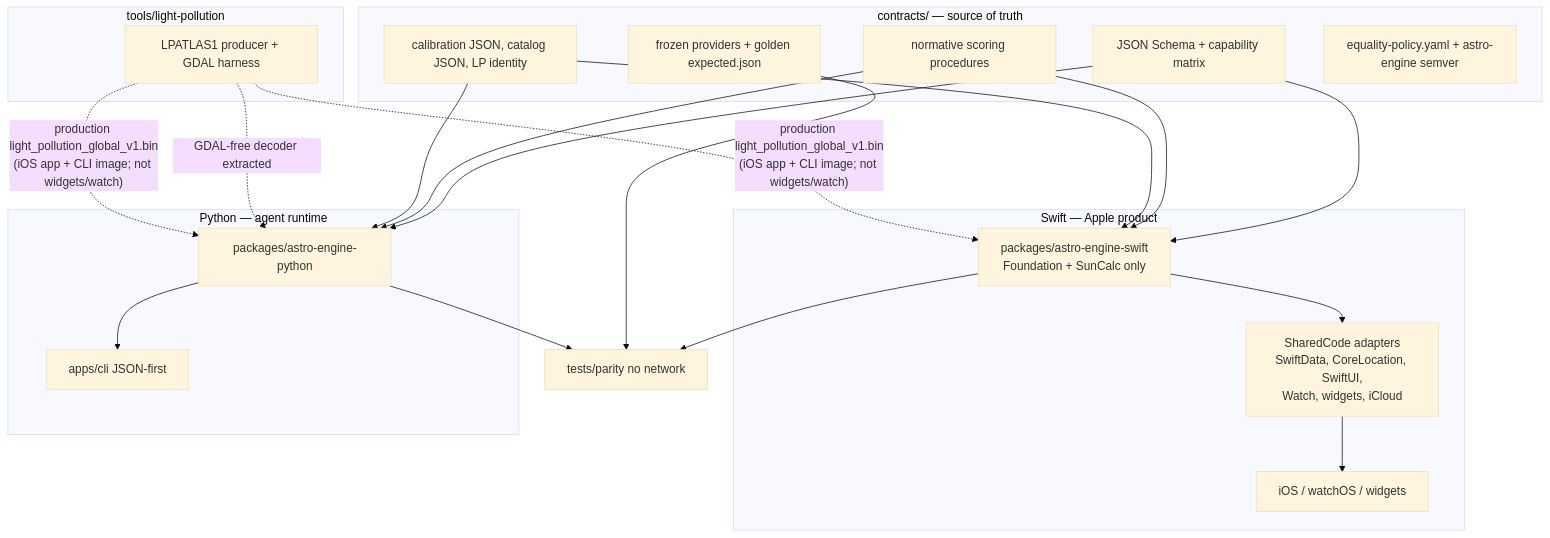
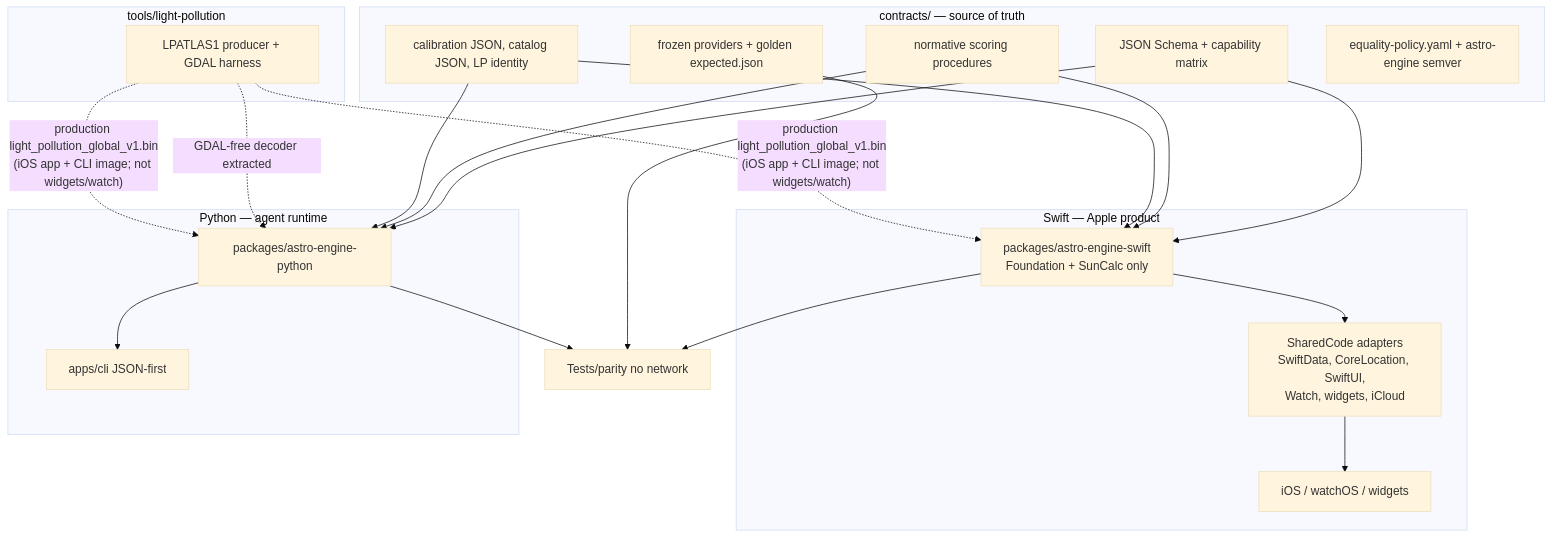
One commit to gdombiak/AstroViewingConditions changed the first of 3 diagrams in docs/design/dual-implementation-astro-engine.md. Above: the diagram before and after it, drawn with Mermaid (base theme). The commit also changed other lines of this file and 463 other files, not shown here.

````diff
--- a/docs/design/dual-implementation-astro-engine.md
+++ b/docs/design/dual-implementation-astro-engine.md
@@ -154,40 +154,40 @@
 ```mermaid
 flowchart TB
   subgraph Contract["contracts/  — source of truth"]
     Schema["JSON Schema + capability matrix"]
     Procedures["normative scoring procedures"]
     Data["calibration JSON, catalog JSON, LP identity"]
     Fixtures["frozen providers + golden expected.json"]
     Policy["equality-policy.yaml + astro-engine semver"]
   end
 
   subgraph SwiftSide["Swift — Apple product"]
     SwiftEngine["packages/astro-engine-swift\nFoundation + SunCalc only"]
     AppleAdapters["SharedCode adapters\nSwiftData, CoreLocation, SwiftUI,\nWatch, widgets, iCloud"]
     iOSApp["iOS / watchOS / widgets"]
     SwiftEngine --> AppleAdapters --> iOSApp
   end
 
   subgraph PythonSide["Python — agent runtime"]
     PyEngine["packages/astro-engine-python"]
     CLI["apps/cli  JSON-first"]
     PyEngine --> CLI
   end
 
   subgraph Tools["tools/light-pollution"]
     Atlas["LPATLAS1 producer + GDAL harness"]
   end
 
   Schema --> SwiftEngine
   Schema --> PyEngine
   Procedures --> SwiftEngine
   Procedures --> PyEngine
   Data --> SwiftEngine
   Data --> PyEngine
-  Fixtures --> Parity["tests/parity  no network"]
+  Fixtures --> Parity["Tests/parity  no network"]
   SwiftEngine --> Parity
   PyEngine --> Parity
   Atlas -.->|"GDAL-free decoder extracted"| PyEngine
   Atlas -.->|"production light_pollution_global_v1.bin\n(iOS app + CLI image; not widgets/watch)"| SwiftEngine
   Atlas -.->|"production light_pollution_global_v1.bin\n(iOS app + CLI image; not widgets/watch)"| PyEngine
 ```
````
